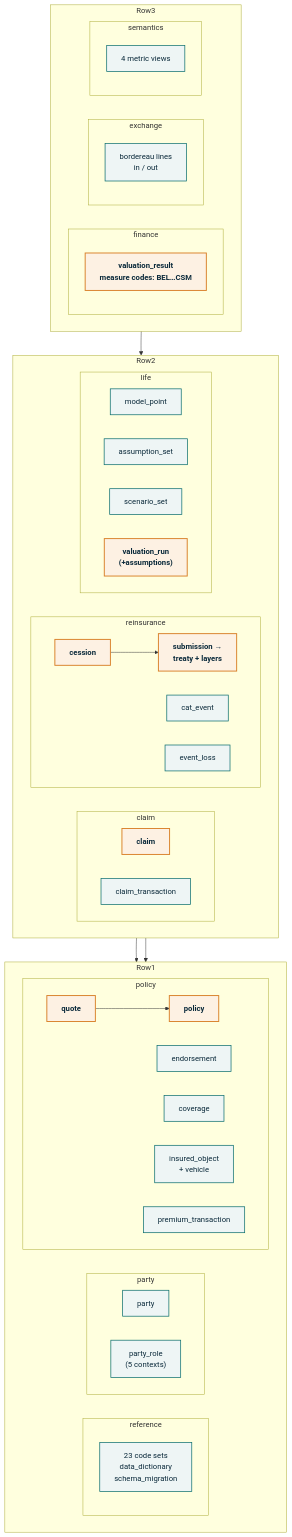
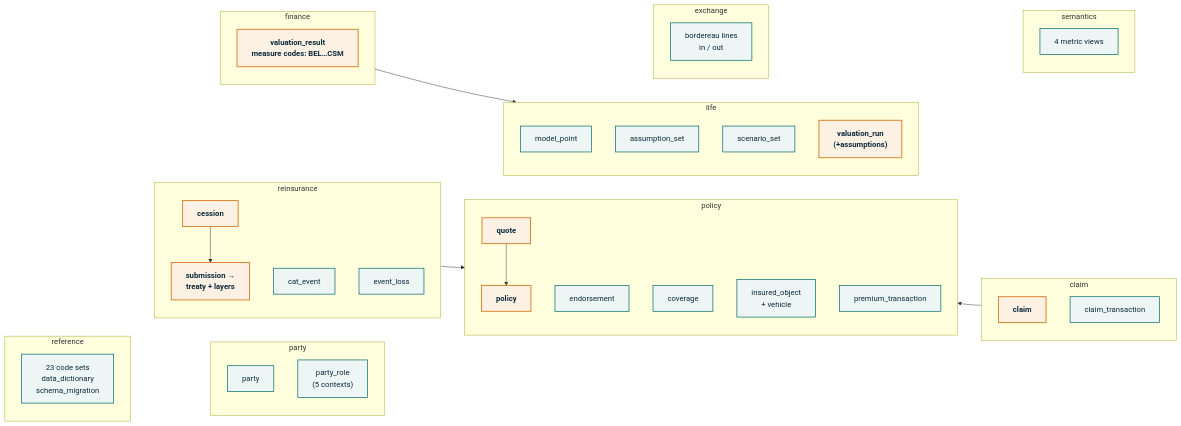
The diagram in docs/diagrams/domain_map.mmd (wryszka/bricksurance-data-core), drawn with Mermaid before and after one commit. The commit also changed 13 other files, not shown here.

Commit message:
Pack diagrams: estate map, compile pipeline, exchange flow, domain map (PNG + mermaid sources)

```diff
--- a/docs/diagrams/domain_map.mmd
+++ b/docs/diagrams/domain_map.mmd
@@ -1,73 +1,69 @@
-flowchart TB
+flowchart LR
     classDef ent fill:#eef5f5,stroke:#0b6e6e,stroke-width:1.5px,color:#0b2a3b
     classDef hub fill:#fdf1e3,stroke:#d9822b,stroke-width:2px,color:#0b2a3b,font-weight:bold
 
-    subgraph Row1
-        direction LR
-        subgraph REF["reference"]
-            direction TB
-            REFL["23 code sets<br/>data_dictionary<br/>schema_migration"]:::ent
-        end
-        subgraph PARTYD["party"]
-            direction LR
-            PTY["party"]:::ent
-            PTYR["party_role<br/>(5 contexts)"]:::ent
-        end
-        subgraph POLICYD["policy"]
-            direction LR
-            QUOTE["quote"]:::hub
-            POL["policy"]:::hub
-            ENDT["endorsement"]:::ent
-            COV["coverage"]:::ent
-            INSOBJ["insured_object<br/>+ vehicle"]:::ent
-            PREM["premium_transaction"]:::ent
-        end
+    subgraph REF["reference"]
+        direction TB
+        REFL["23 code sets<br/>data_dictionary<br/>schema_migration"]:::ent
     end
 
-    subgraph Row2
-        direction LR
-        subgraph CLAIMD["claim"]
-            direction LR
-            CLM["claim"]:::hub
-            CLMT["claim_transaction"]:::ent
-        end
-        subgraph REINSD["reinsurance"]
-            direction LR
-            TREATY["submission →<br/>treaty + layers"]:::hub
-            CES["cession"]:::hub
-            CAT["cat_event"]:::ent
-            EVL["event_loss"]:::ent
-        end
-        subgraph LIFED["life"]
-            direction LR
-            MP["model_point"]:::ent
-            AS["assumption_set"]:::ent
-            SS["scenario_set"]:::ent
-            VR["valuation_run<br/>(+assumptions)"]:::hub
-        end
+    subgraph PARTYD["party"]
+        direction TB
+        PTY["party"]:::ent
+        PTYR["party_role<br/>(5 contexts)"]:::ent
     end
 
-    subgraph Row3
-        direction LR
-        subgraph FIND["finance"]
-            direction TB
-            VALRES["valuation_result<br/>measure codes: BEL…CSM"]:::hub
-        end
-        subgraph EXCHD["exchange"]
-            direction TB
-            BORD["bordereau lines<br/>in / out"]:::ent
-        end
-        subgraph SEMD["semantics"]
-            direction TB
-            MV["4 metric views"]:::ent
-        end
+    subgraph POLICYD["policy"]
+        direction TB
+        QUOTE["quote"]:::hub
+        POL["policy"]:::hub
+        ENDT["endorsement"]:::ent
+        COV["coverage"]:::ent
+        INSOBJ["insured_object<br/>+ vehicle"]:::ent
+        PREM["premium_transaction"]:::ent
+        QUOTE --> POL
     end
 
-    Row1 ~~~ Row2
-    Row2 ~~~ Row3
+    subgraph CLAIMD["claim"]
+        direction TB
+        CLM["claim"]:::hub
+        CLMT["claim_transaction"]:::ent
+    end
 
-    QUOTE --> POL
+    subgraph REINSD["reinsurance"]
+        direction TB
+        TREATY["submission →<br/>treaty + layers"]:::hub
+        CES["cession"]:::hub
+        CAT["cat_event"]:::ent
+        EVL["event_loss"]:::ent
+        CES --> TREATY
+    end
+
+    subgraph LIFED["life"]
+        direction TB
+        MP["model_point"]:::ent
+        AS["assumption_set"]:::ent
+        SS["scenario_set"]:::ent
+        VR["valuation_run<br/>(+assumptions)"]:::hub
+    end
+
+    subgraph FIND["finance"]
+        direction TB
+        VALRES["valuation_result<br/>measure codes: BEL…CSM"]:::hub
+    end
+
+    subgraph EXCHD["exchange"]
+        direction TB
+        BORD["bordereau lines<br/>in / out"]:::ent
+    end
+
+    subgraph SEMD["semantics"]
+        direction TB
+        MV["4 metric views"]:::ent
+    end
+
+    REF ~~~ PARTYD ~~~ POLICYD ~~~ CLAIMD ~~~ REINSD ~~~ LIFED ~~~ FIND ~~~ EXCHD ~~~ SEMD
+
     CLM --> POL
     CES --> POL
-    CES --> TREATY
     VALRES --> VR
```
